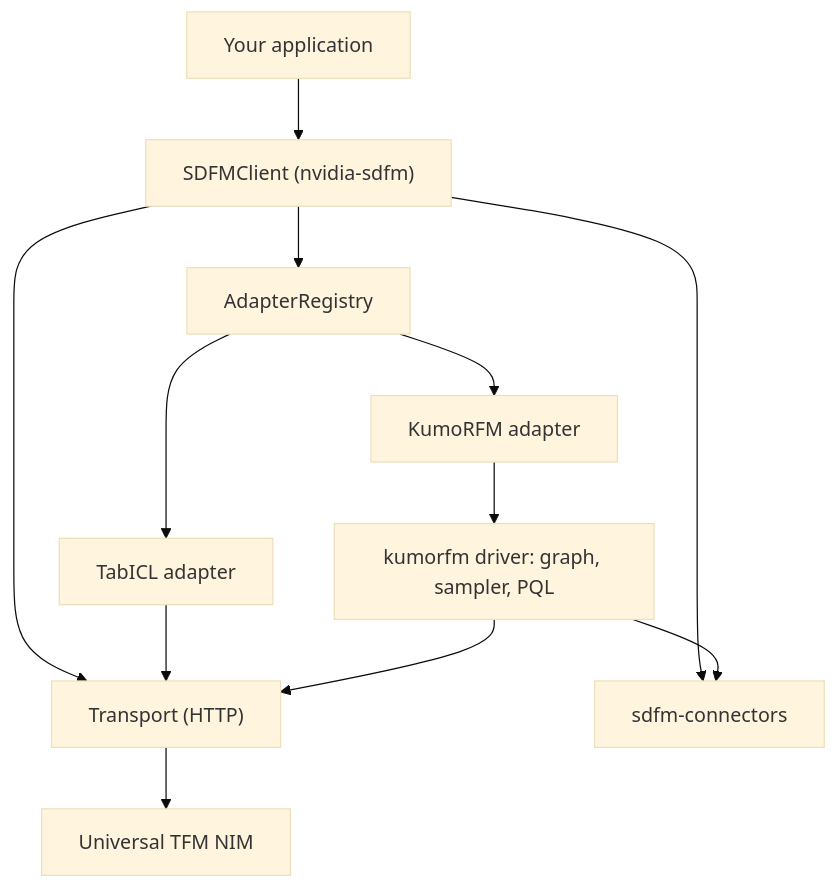
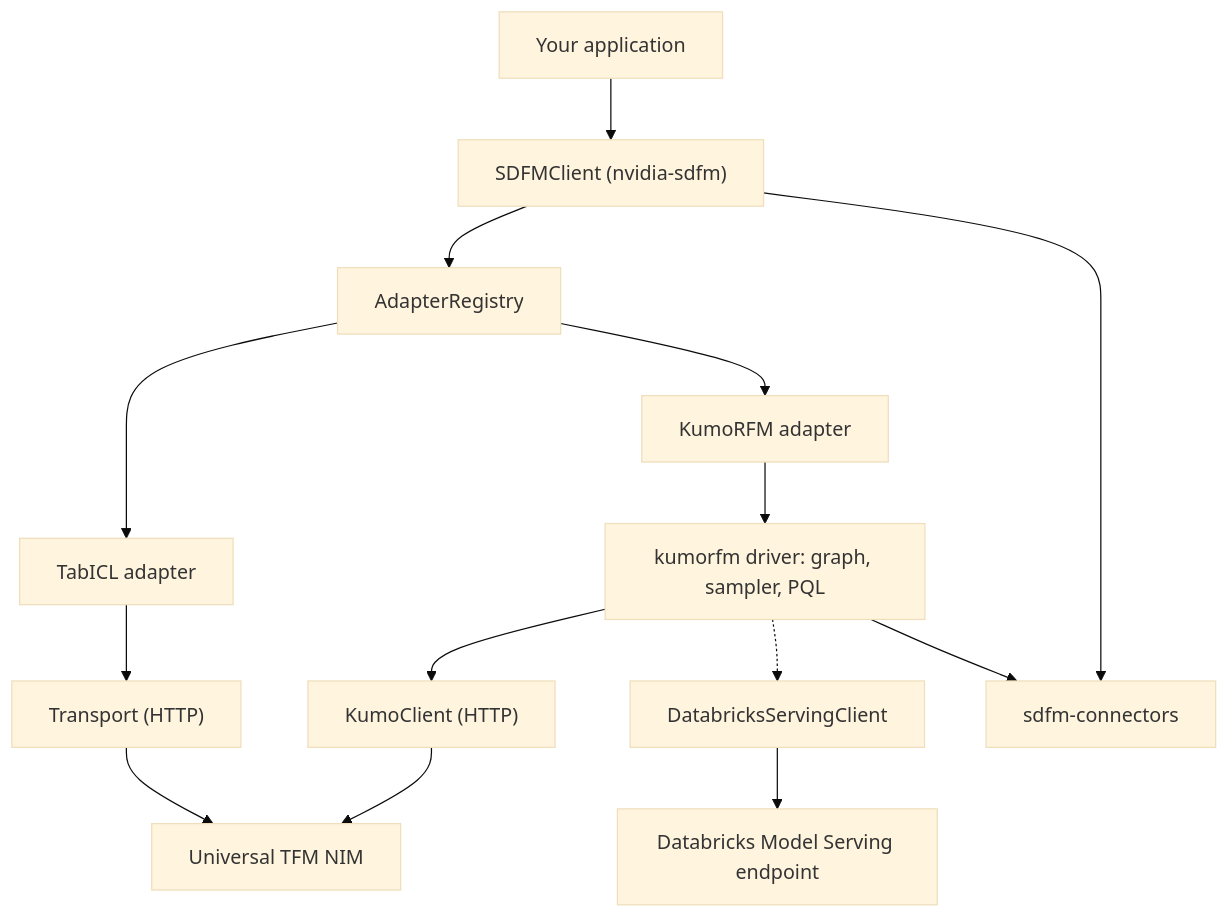
One commit to kumo-ai/kumo-relational-client changed the diagram in docs/about/architecture.md. Above: the diagram before and after it, drawn with Mermaid (base theme). The commit also changed other lines of this file and 34 other files, not shown here.

````diff
--- a/docs/about/architecture.md
+++ b/docs/about/architecture.md
@@ -15,14 +15,16 @@
 ```mermaid
 flowchart TD
     app["Your application"] --> client["SDFMClient (nvidia-sdfm)"]
     client --> registry["AdapterRegistry"]
     registry --> tabicl["TabICL adapter"]
     registry --> rfm["KumoRFM adapter"]
     rfm --> driver["kumorfm driver: graph, sampler, PQL"]
-    client --> transport["Transport (HTTP)"]
-    tabicl --> transport
-    driver --> transport
+    tabicl --> transport["Transport (HTTP)"]
+    driver --> kumoclient["KumoClient (HTTP)"]
+    driver -.-> serving["DatabricksServingClient"]
     transport --> nim["Universal TFM NIM"]
+    kumoclient --> nim
+    serving --> endpoint["Databricks Model Serving endpoint"]
     client --> connectors["sdfm-connectors"]
     driver --> connectors
 ```
````
